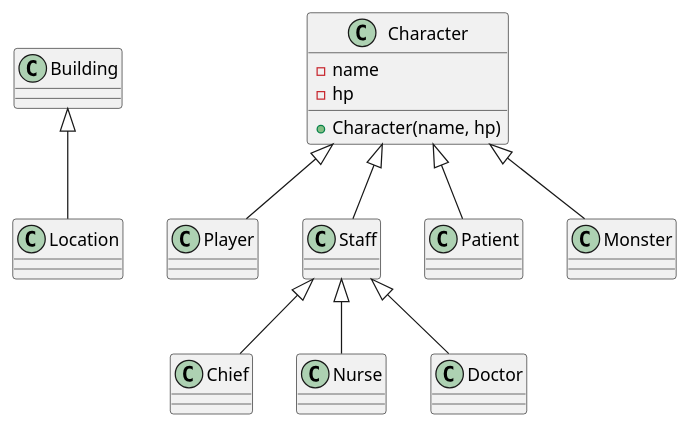
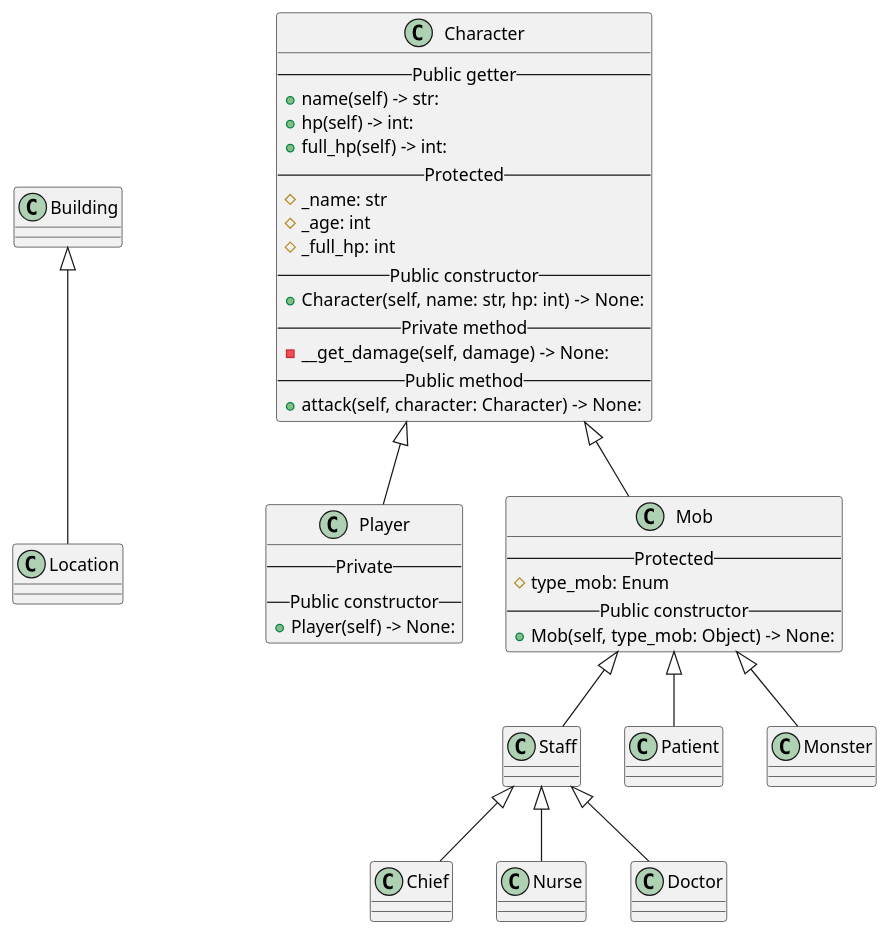
The diagram in diagram.puml (Kris465/MemoryBox), drawn with PlantUML before and after one commit.

Commit message:
Refactor

```diff
--- a/diagram.puml
+++ b/diagram.puml
@@ -1,20 +1,47 @@
 @startuml
 
 Building <|-- Location
 
 Character <|-- Player
-Character <|-- Staff
-Character <|-- Patient
-Character <|-- Monster
+Character <|-- Mob
+Mob <|-- Staff
+Mob <|-- Patient
+Mob <|-- Monster
 
 Staff <|-- Chief
 Staff <|-- Nurse
 Staff <|-- Doctor
 
 class Character{
-    -name
-    -hp
-    +Character(name, hp)
+    --Public getter--
+    +name(self) -> str:
+    +hp(self) -> int:
+    +full_hp(self) -> int:
+    --Protected--
+    #_name: str
+    #_age: int
+    #_full_hp: int
+    --Public constructor--
+    +Character(self, name: str, hp: int) -> None:
+'    --Public method--
+    --Private method--
+    -__get_damage(self, damage) -> None:
+    --Public method--
+    +attack(self, character: Character) -> None:
+}
+
+
+class Player{
+    --Private--
+    --Public constructor--
+    +Player(self) -> None:
+}
+
+class Mob{
+    --Protected--
+    #type_mob: Enum
+    --Public constructor--
+    +Mob(self, type_mob: Object) -> None:
 }
 
 @enduml
```
